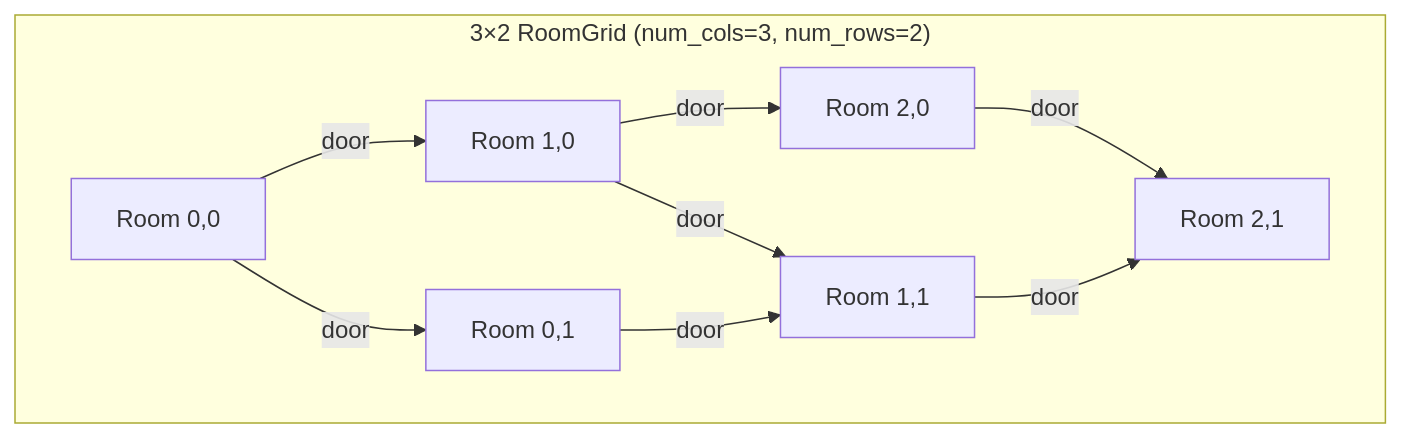
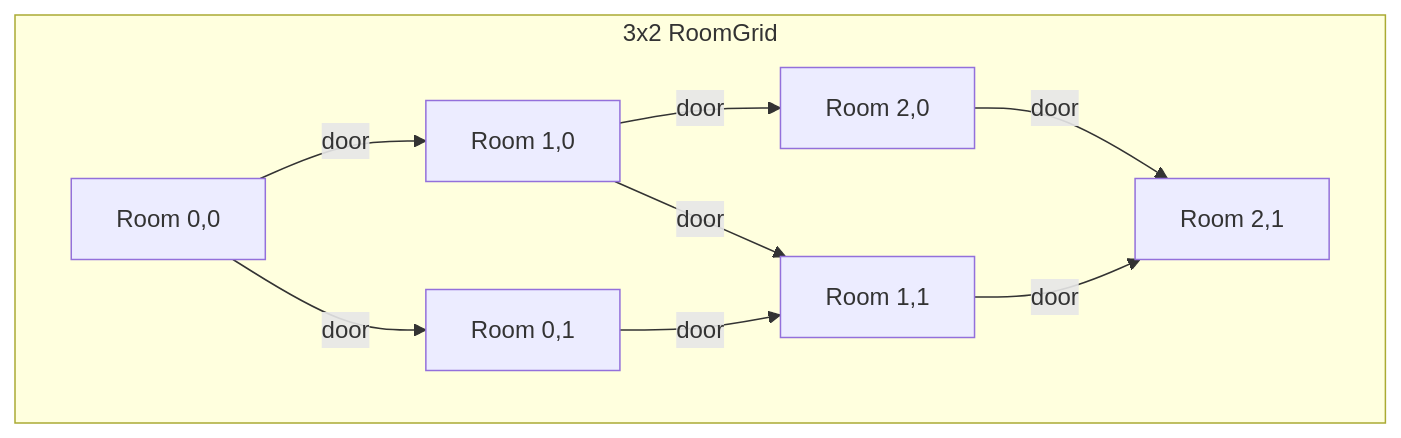
The sixth of 6 diagrams in docs/content/architecture.md (alexandermfisher/minigrid), drawn with Mermaid before and after one commit. The commit also changed other lines of this file, not shown here.

First line of the commit message:
Fix Mermaid diagram syntax so diagrams actually render

````diff
--- a/docs/content/architecture.md
+++ b/docs/content/architecture.md
@@ -175,12 +179,12 @@
 ```{mermaid}
 graph TD
-    subgraph "3×2 RoomGrid  (num_cols=3, num_rows=2)"
-        R00["Room 0,0"] -->|door| R10["Room 1,0"]
-        R10 -->|door| R20["Room 2,0"]
-        R00 -->|door| R01["Room 0,1"]
-        R10 -->|door| R11["Room 1,1"]
-        R20 -->|door| R21["Room 2,1"]
+    subgraph GRID [3x2 RoomGrid]
+        R00[Room 0,0] -->|door| R10[Room 1,0]
+        R10 -->|door| R20[Room 2,0]
+        R00 -->|door| R01[Room 0,1]
+        R10 -->|door| R11[Room 1,1]
+        R20 -->|door| R21[Room 2,1]
         R01 -->|door| R11
         R11 -->|door| R21
     end
 ```
````
